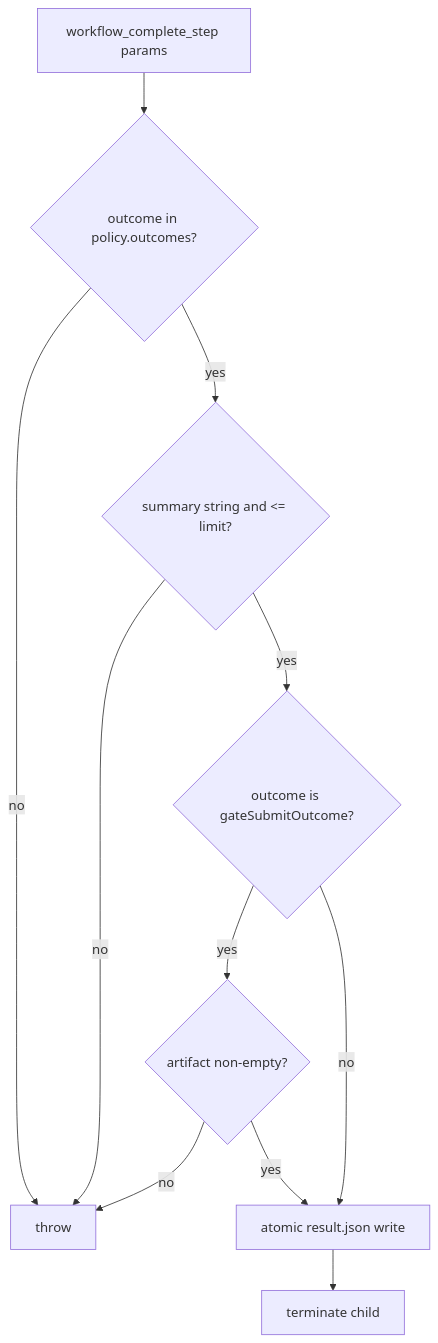
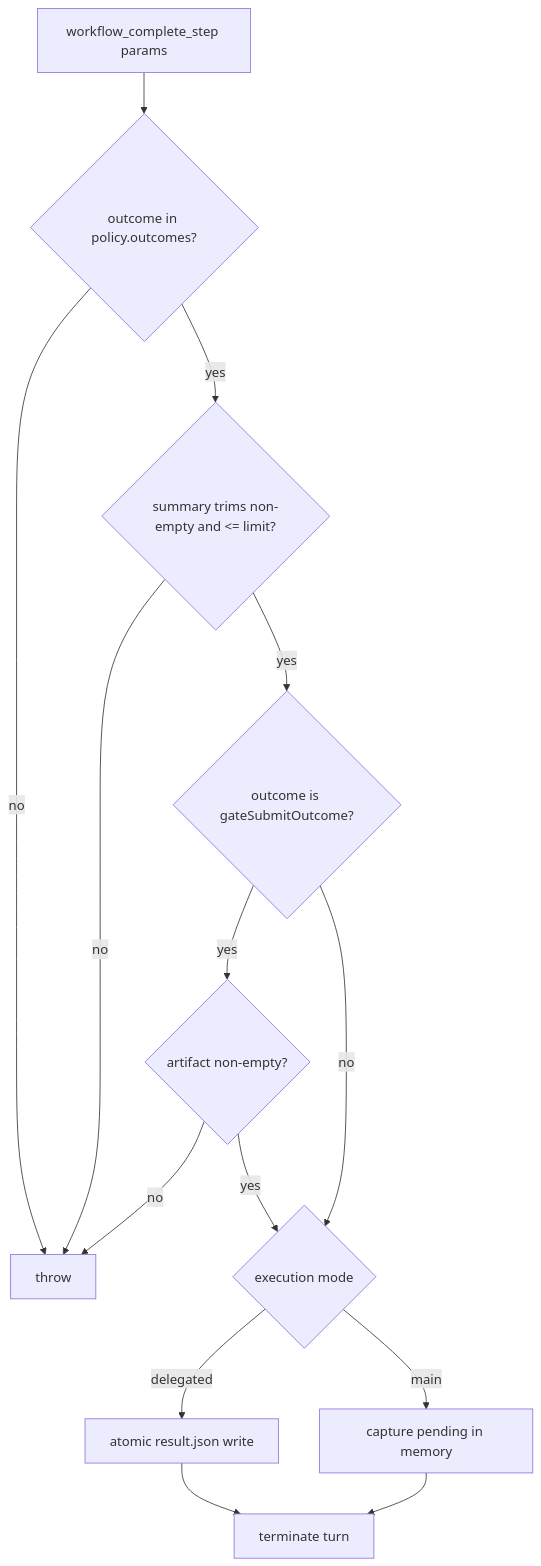
One commit to wichayutdew/pi-workflows changed the sixth of 7 diagrams in openwiki/security/policy-model.md. Above: the diagram before and after it, drawn with Mermaid. The commit also changed other lines of this file and 84 other files, not shown here.

````diff
--- a/openwiki/security/policy-model.md
+++ b/openwiki/security/policy-model.md
@@ -98,13 +110,16 @@
 ```mermaid
 flowchart TD
   Complete[workflow_complete_step params] --> Outcome{outcome in policy.outcomes?}
   Outcome -- no --> Reject[throw]
-  Outcome -- yes --> Summary{summary string and <= limit?}
+  Outcome -- yes --> Summary{summary trims non-empty and <= limit?}
   Summary -- no --> Reject
   Summary -- yes --> Gate{outcome is gateSubmitOutcome?}
   Gate -- yes --> Artifact{artifact non-empty?}
   Artifact -- no --> Reject
-  Artifact -- yes --> Write[atomic result.json write]
-  Gate -- no --> Write
-  Write --> Terminate[terminate child]
+  Artifact -- yes --> Mode{execution mode}
+  Gate -- no --> Mode
+  Mode -- delegated --> Write[atomic result.json write]
+  Mode -- main --> Capture[capture pending in memory]
+  Write --> Terminate[terminate turn]
+  Capture --> Terminate
 ```
````
